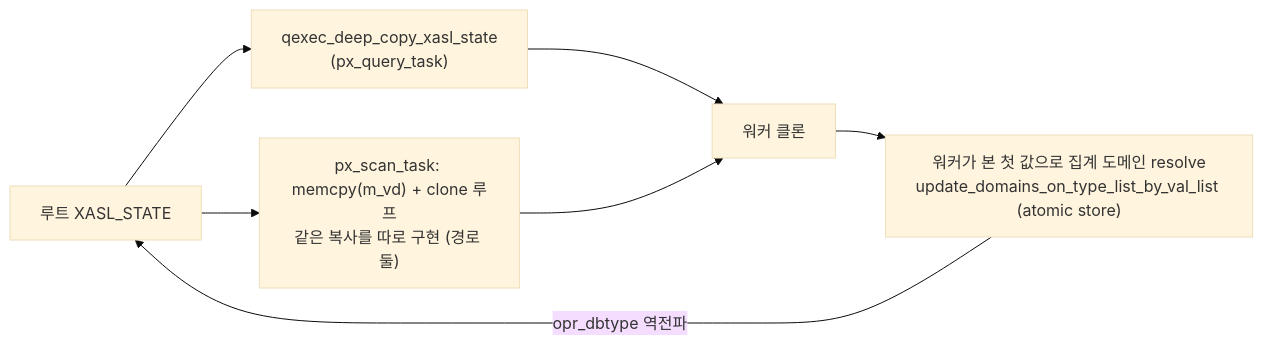
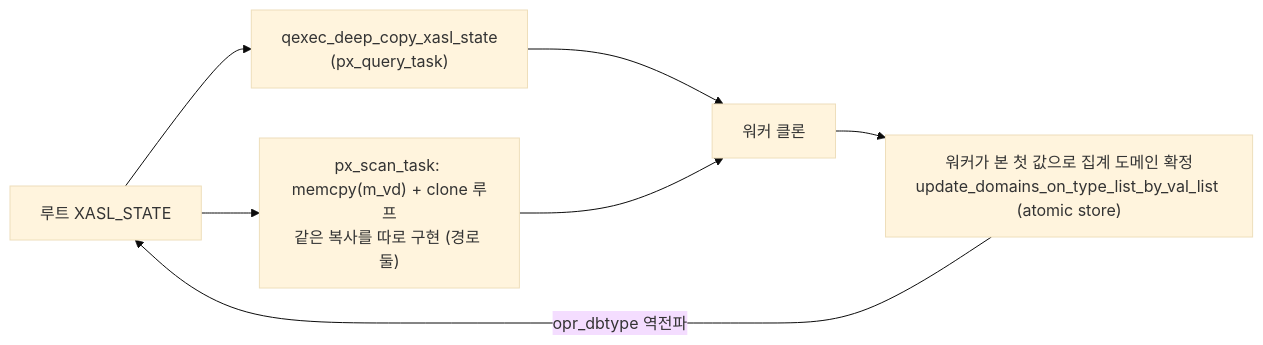
Diagram 17 of 20 in docs/research/pr8022-architecture-diagrams.md (xmilex-git/workspace), drawn with Mermaid (base theme) before and after one commit. The commit also changed other lines of this file, not shown here.

First line of the commit message:
docs: PR 8022 diagrams in the CONTEXT.md vocabulary

````diff
--- a/docs/research/pr8022-architecture-diagrams.md
+++ b/docs/research/pr8022-architecture-diagrams.md
@@ -361,9 +361,9 @@
 ```mermaid
 flowchart LR
   ROOT["루트 XASL_STATE"] --> C1["qexec_deep_copy_xasl_state<br/>(px_query_task)"]
   ROOT --> C2["px_scan_task: memcpy(m_vd) + clone 루프<br/>같은 복사를 따로 구현 (경로 둘)"]
   C1 --> W["워커 클론"]
   C2 --> W
-  W --> WR["워커가 본 첫 값으로 집계 도메인 resolve<br/>update_domains_on_type_list_by_val_list (atomic store)"]
+  W --> WR["워커가 본 첫 값으로 집계 도메인 확정<br/>update_domains_on_type_list_by_val_list (atomic store)"]
   WR -- "opr_dbtype 역전파" --> ROOT
 ```
````
